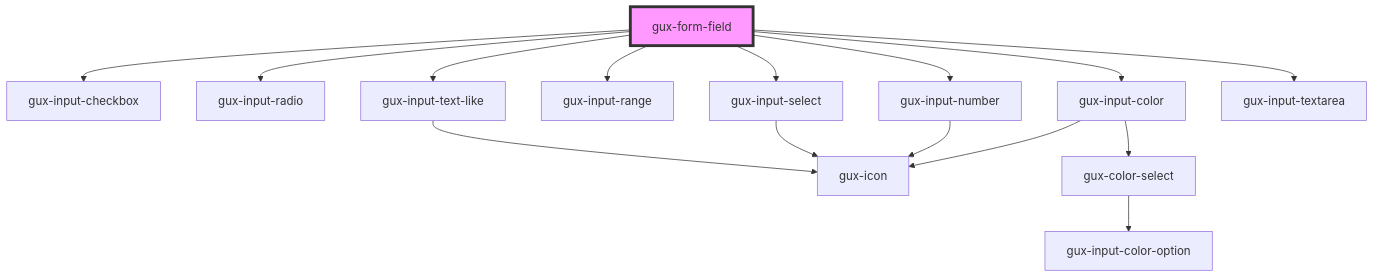
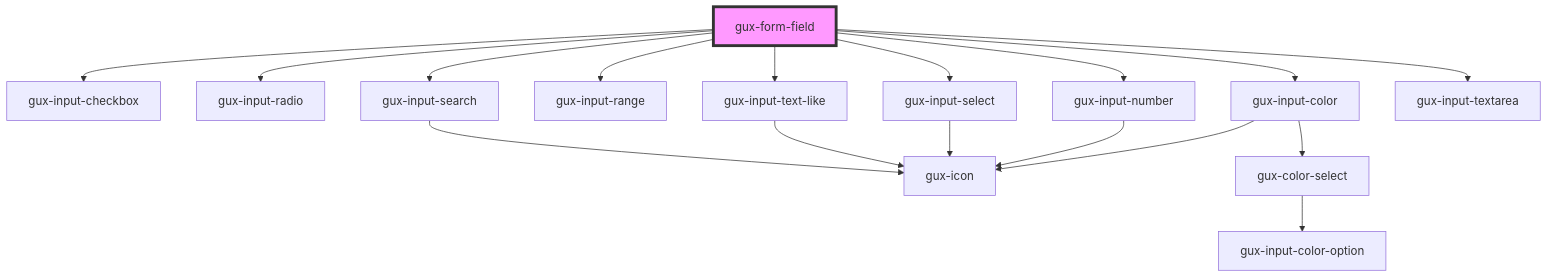
The diagram in src/components/stable/gux-form-field/readme.md (MyPureCloud/genesys-spark), drawn with Mermaid before and after one commit. The commit also changed other lines of this file and 61 other files, not shown here.

First line of the commit message:
feat(gux-input-search): added new gux-form-field component

````diff
--- a/src/components/stable/gux-form-field/readme.md
+++ b/src/components/stable/gux-form-field/readme.md
@@ -40,18 +41,20 @@
 ```mermaid
 graph TD;
   gux-form-field --> gux-input-checkbox
   gux-form-field --> gux-input-radio
   gux-form-field --> gux-input-color
   gux-form-field --> gux-input-range
   gux-form-field --> gux-input-number
   gux-form-field --> gux-input-select
   gux-form-field --> gux-input-text-like
+  gux-form-field --> gux-input-search
   gux-form-field --> gux-input-textarea
   gux-input-color --> gux-icon
   gux-input-color --> gux-color-select
   gux-color-select --> gux-input-color-option
   gux-input-number --> gux-icon
   gux-input-select --> gux-icon
   gux-input-text-like --> gux-icon
+  gux-input-search --> gux-icon
   style gux-form-field fill:#f9f,stroke:#333,stroke-width:4px
 ```
````
